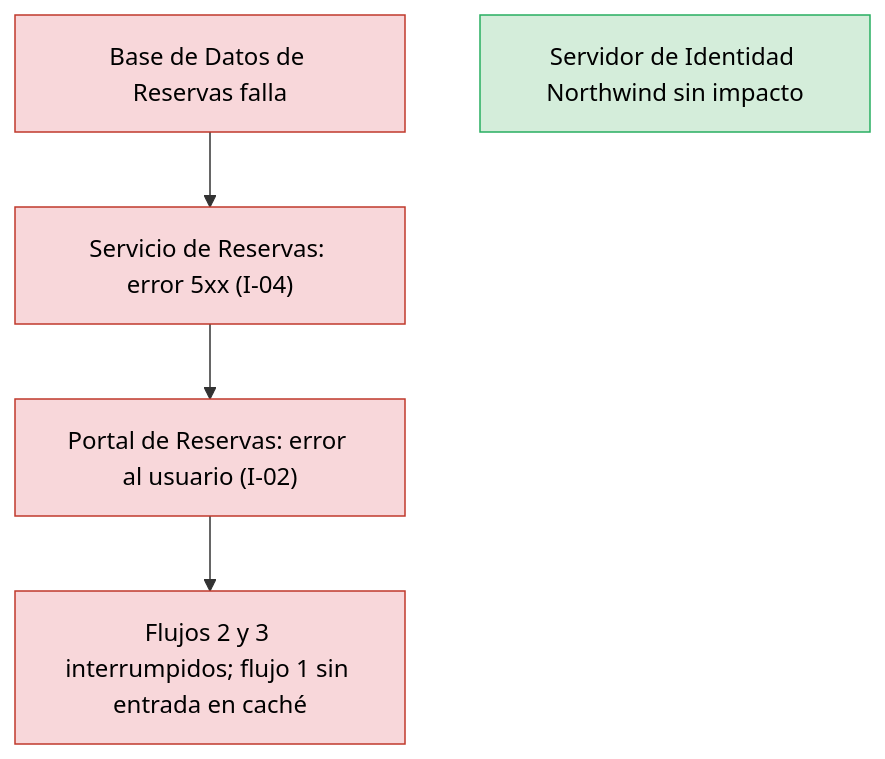
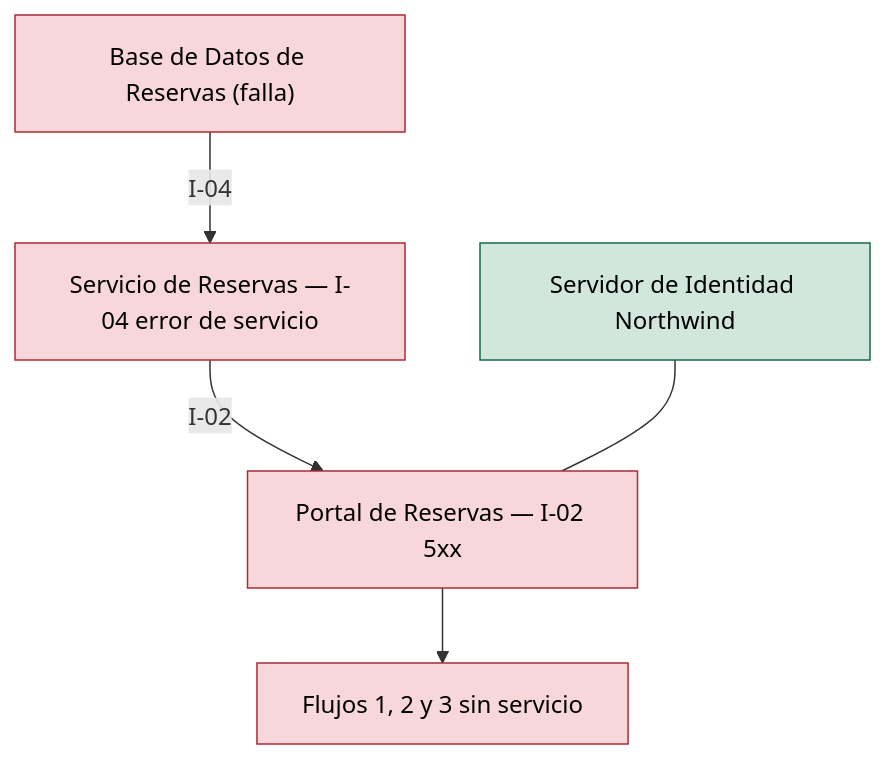
One commit to shadowX4fox/northwind-reservas changed the second of 3 diagrams in analysis/BLAST-RADIUS-2026-11-03.md. Above: the diagram before and after it, drawn with Mermaid. The commit also changed other lines of this file and 8 other files, not shown here.

````diff
--- a/analysis/BLAST-RADIUS-2026-11-03.md
+++ b/analysis/BLAST-RADIUS-2026-11-03.md
@@ -54,9 +59,14 @@
 ```mermaid
 flowchart TB
-  A["Base de Datos de Reservas falla"]:::cascading --> B["Servicio de Reservas: error 5xx (I-04)"]:::cascading
-  B --> C["Portal de Reservas: error al usuario (I-02)"]:::cascading
-  C --> F["Flujos 2 y 3 interrumpidos; flujo 1 sin entrada en caché"]:::cascading
-  D["Servidor de Identidad Northwind sin impacto"]:::contained
-  classDef cascading fill:#f8d7da,stroke:#c0392b,color:#000
-  classDef contained fill:#d4edda,stroke:#27ae60,color:#000
+  DB["Base de Datos de Reservas (falla)"]:::cascading
+  SVC["Servicio de Reservas — I-04 error de servicio"]:::cascading
+  POR["Portal de Reservas — I-02 5xx"]:::cascading
+  IDP["Servidor de Identidad Northwind"]:::contained
+  F["Flujos 1, 2 y 3 sin servicio"]:::cascading
+  DB -->|I-04| SVC
+  SVC -->|I-02| POR
+  POR --> F
+  IDP --- POR
+  classDef cascading fill:#f8d7da,stroke:#b02a37,color:#000
+  classDef contained fill:#d1e7dd,stroke:#146c43,color:#000
 ```
````
